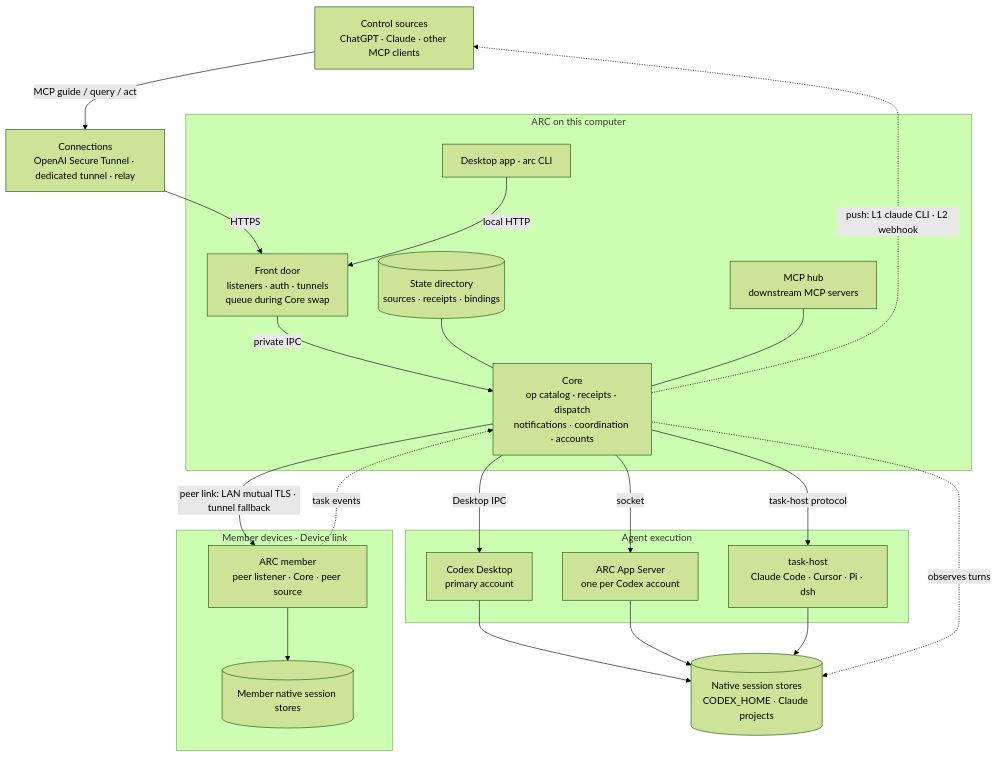
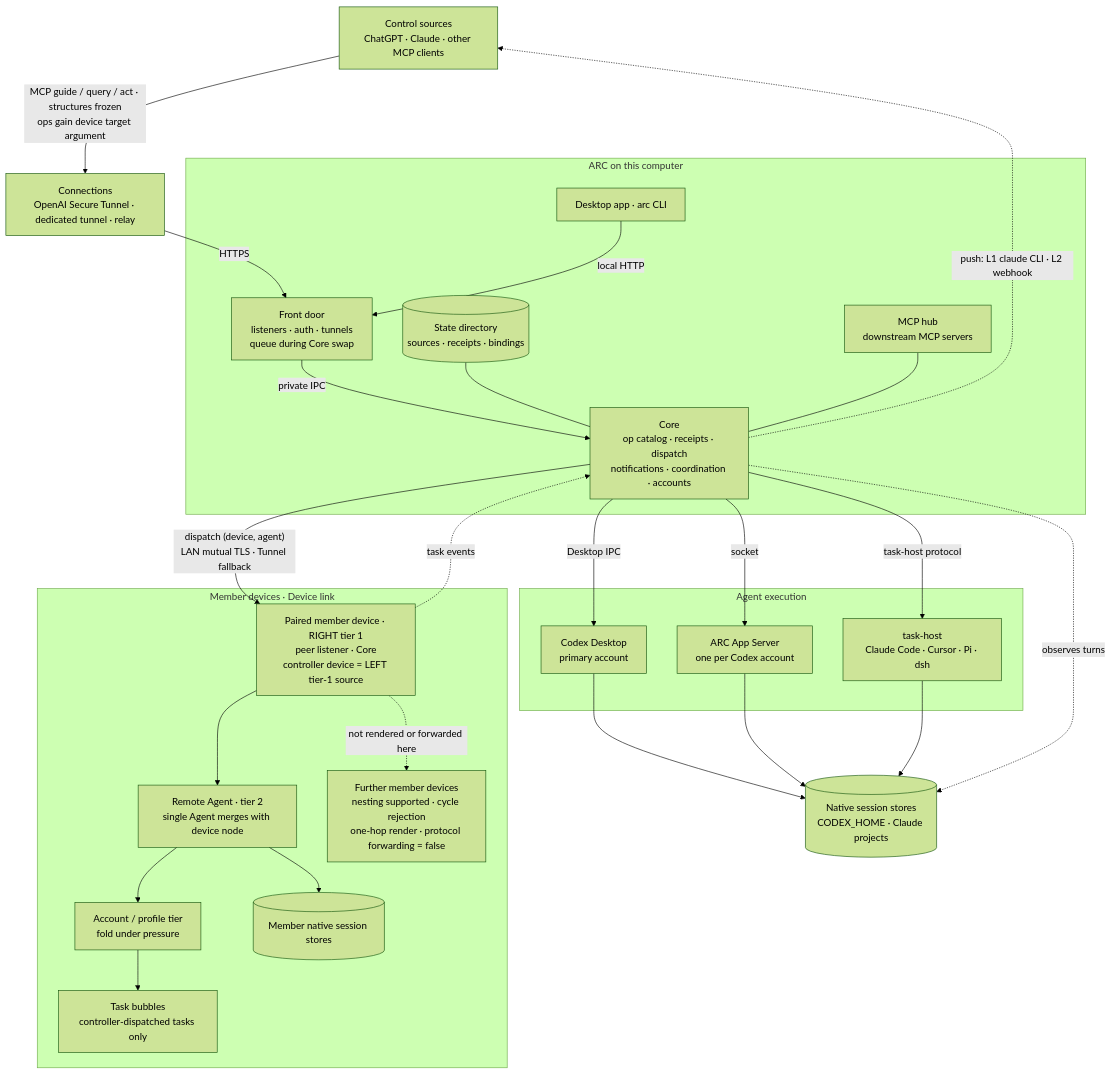
One commit to whzxc/agent-remote-control changed the diagram in arch/system-map.mmd. Above: the diagram before and after it, drawn with Mermaid (forest theme). The commit also changed 14 other files, not shown here.

```diff
--- a/arch/system-map.mmd
+++ b/arch/system-map.mmd
@@ -1,41 +1,47 @@
 %% ARC system map (layer 0): processes, external parties and how they connect.
 %% Index and code mapping: docs/dev/arch-assets.md
 flowchart TB
   src["Control sources<br/>ChatGPT · Claude · other MCP clients"]
   net["Connections<br/>OpenAI Secure Tunnel · dedicated tunnel · relay"]
   subgraph HOST["ARC on this computer"]
     local["Desktop app · arc CLI"]
     fd["Front door<br/>listeners · auth · tunnels<br/>queue during Core swap"]
     state[("State directory<br/>sources · receipts · bindings")]
     hub["MCP hub<br/>downstream MCP servers"]
     core["Core<br/>op catalog · receipts · dispatch<br/>notifications · coordination · accounts"]
   end
   subgraph EXEC["Agent execution"]
     codexd["Codex Desktop<br/>primary account"]
     appsrv["ARC App Server<br/>one per Codex account"]
     taskhost["task-host<br/>Claude Code · Cursor · Pi · dsh"]
   end
   native[("Native session stores<br/>CODEX_HOME · Claude projects")]
   subgraph MEMBERS["Member devices · Device link"]
-    member["ARC member<br/>peer listener · Core · peer source"]
+    member["Paired member device · RIGHT tier 1<br/>peer listener · Core<br/>controller device = LEFT tier-1 source"]
+    magent["Remote Agent · tier 2<br/>single Agent merges with device node"]
+    maccount["Account / profile tier<br/>fold under pressure"]
+    mtasks["Task bubbles<br/>controller-dispatched tasks only"]
     mnative[("Member native session stores")]
+    descendant["Further member devices<br/>nesting supported · cycle rejection<br/>one-hop render · protocol forwarding = false"]
   end
-  src -->|"MCP guide / query / act"| net
+  src -->|"MCP guide / query / act · structures frozen<br/>ops gain device target argument"| net
   net -->|"HTTPS"| fd
   local -->|"local HTTP"| fd
   fd -->|"private IPC"| core
   state --- core
   hub --- core
   core -->|"Desktop IPC"| codexd
   core -->|"socket"| appsrv
   core -->|"task-host protocol"| taskhost
   codexd --> native
   appsrv --> native
   taskhost --> native
   core -.->|"observes turns"| native
   core -.->|"push: L1 claude CLI · L2 webhook"| src
-  core -->|"peer link: LAN mutual TLS · tunnel fallback"| member
+  core -->|"dispatch (device, agent)<br/>LAN mutual TLS · Tunnel fallback"| member
   member -.->|"task events"| core
-  member --> mnative
+  member --> magent --> maccount --> mtasks
+  magent --> mnative
+  member -.->|"not rendered or forwarded here"| descendant
   class hub experimental
-  class member experimental
+  class member,magent,maccount,mtasks,descendant experimental
```
